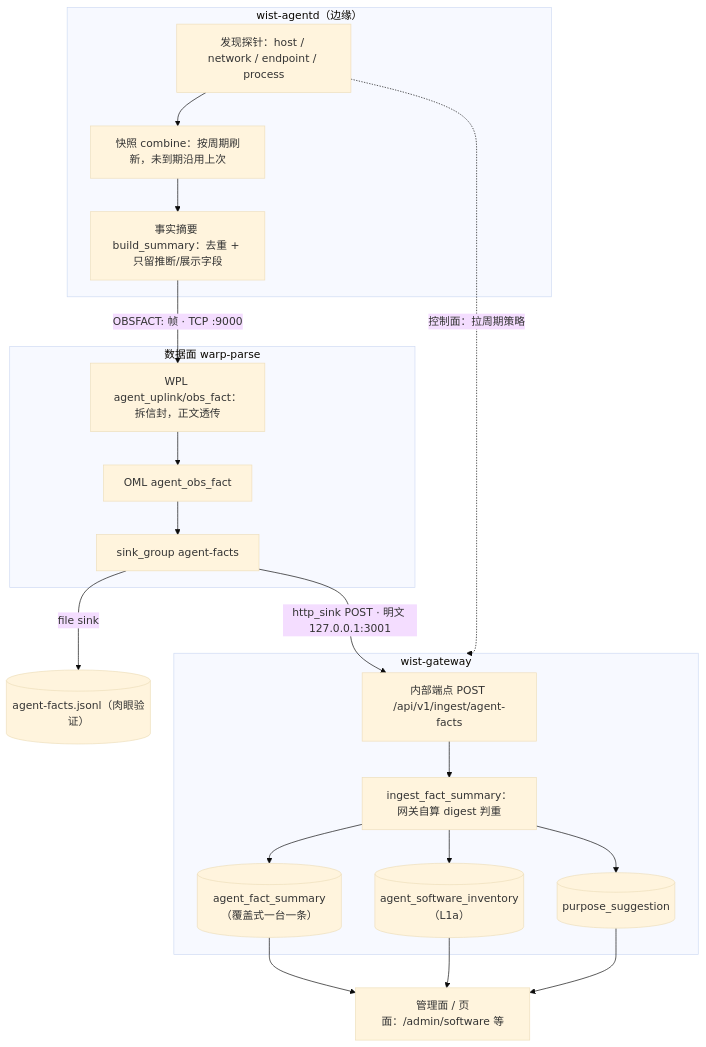
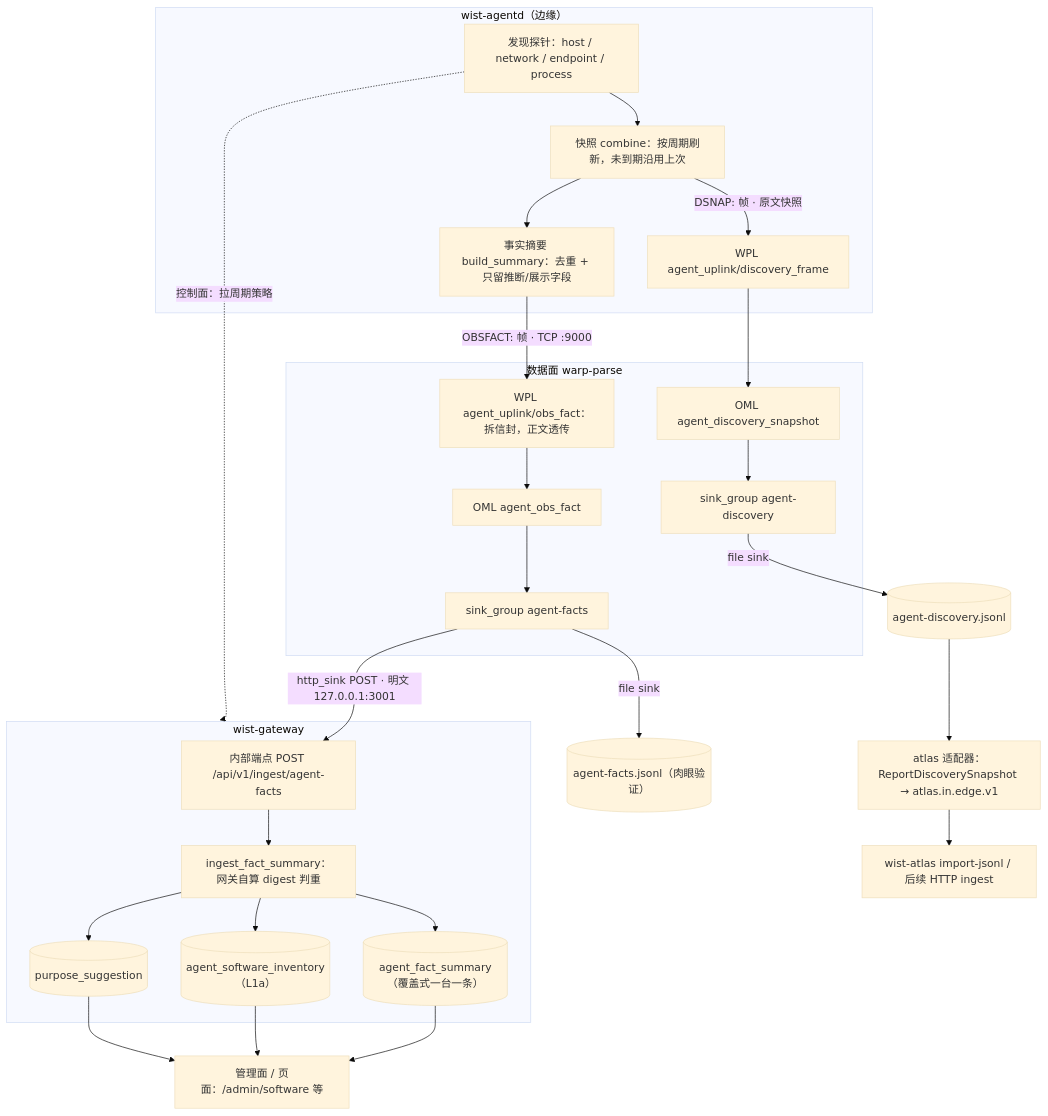
The diagram in doc/design/center/asset-discovery-data-flow.md (dayu-sec/wist-design), drawn with Mermaid (base theme) before and after one commit. The commit also changed other lines of this file and 6 other files, not shown here.

First line of the commit message:
docs: DSNAP 原文发现快照（agentd 0.9.8 / stack 0.2.21 / atlas 0.1.0）

````diff
--- a/doc/design/center/asset-discovery-data-flow.md
+++ b/doc/design/center/asset-discovery-data-flow.md
@@ -10,35 +11,43 @@
 ```mermaid
 flowchart TD
   subgraph EDGE["wist-agentd（边缘）"]
     PR["发现探针：host / network / endpoint / process"]
     SN["快照 combine：按周期刷新，未到期沿用上次"]
     FS["事实摘要 build_summary：去重 + 只留推断/展示字段"]
     PR --> SN --> FS
+    SN -->|"DSNAP: 帧 · 原文快照"| WPL2
   end
 
   FS -->|"OBSFACT: 帧 · TCP :9000"| WPL
   PR -.->|"控制面：拉周期策略"| GW
 
   subgraph DP["数据面 warp-parse"]
     WPL["WPL agent_uplink/obs_fact：拆信封，正文透传"]
     OML["OML agent_obs_fact"]
     SG["sink_group agent-facts"]
+    WPL2["WPL agent_uplink/discovery_frame"]
+    OML2["OML agent_discovery_snapshot"]
+    SG2["sink_group agent-discovery"]
     WPL --> OML --> SG
+    WPL2 --> OML2 --> SG2
   end
 
   SG -->|"file sink"| F1[("agent-facts.jsonl（肉眼验证）")]
   SG -->|"http_sink POST · 明文 127.0.0.1:3001"| ING
+  SG2 -->|"file sink"| F2[("agent-discovery.jsonl")]
+  F2 --> AD["atlas 适配器：ReportDiscoverySnapshot → atlas.in.edge.v1"]
+  AD --> AT["wist-atlas import-jsonl / 后续 HTTP ingest"]
 
   subgraph GW["wist-gateway"]
     ING["内部端点 POST /api/v1/ingest/agent-facts"]
     CORE["ingest_fact_summary：网关自算 digest 判重"]
     ING --> CORE
     CORE --> T1[("agent_fact_summary（覆盖式一台一条）")]
     CORE --> T2[("agent_software_inventory（L1a）")]
     CORE --> T3[("purpose_suggestion")]
   end
 
   T1 --> PG["管理面 / 页面：/admin/software 等"]
   T2 --> PG
   T3 --> PG
 ```
````
